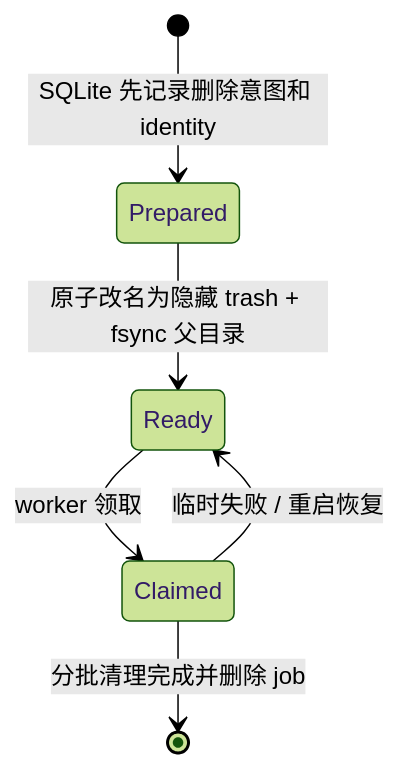
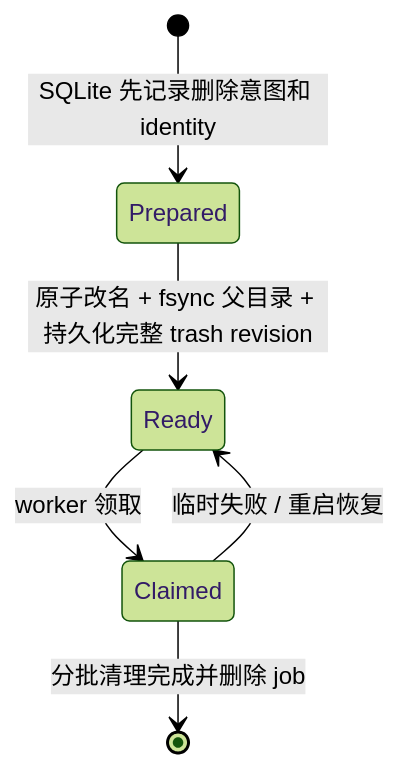
Before and after one commit to isarmg/dufs-ram: the second of 2 diagrams in docs/beginner-guide/05-filesystem-state-and-reliability.md, drawn with Mermaid (forest theme). The commit also changed other lines of this file and 14 other files, not shown here.

````diff
--- a/docs/beginner-guide/05-filesystem-state-and-reliability.md
+++ b/docs/beginner-guide/05-filesystem-state-and-reliability.md
@@ -329,8 +333,8 @@
 ```mermaid
 stateDiagram-v2
     [*] --> Prepared: SQLite 先记录删除意图和 identity
-    Prepared --> Ready: 原子改名为隐藏 trash + fsync 父目录
+    Prepared --> Ready: 原子改名 + fsync 父目录 + 持久化完整 trash revision
     Ready --> Claimed: worker 领取
     Claimed --> Ready: 临时失败 / 重启恢复
     Claimed --> [*]: 分批清理完成并删除 job
 ```
````
